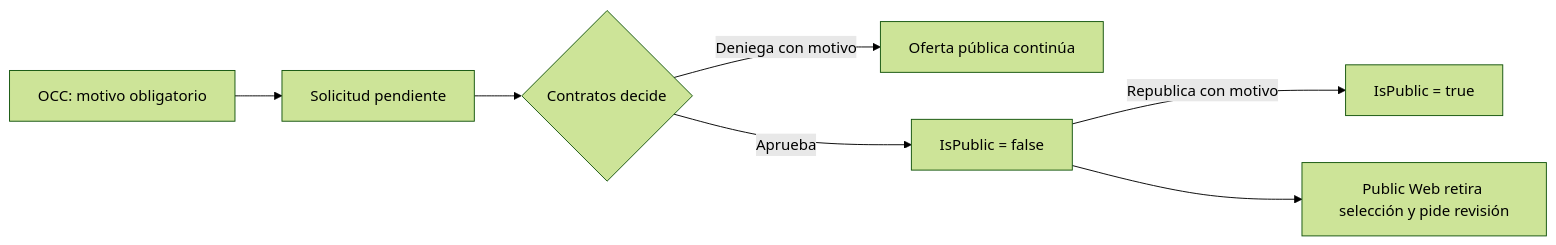
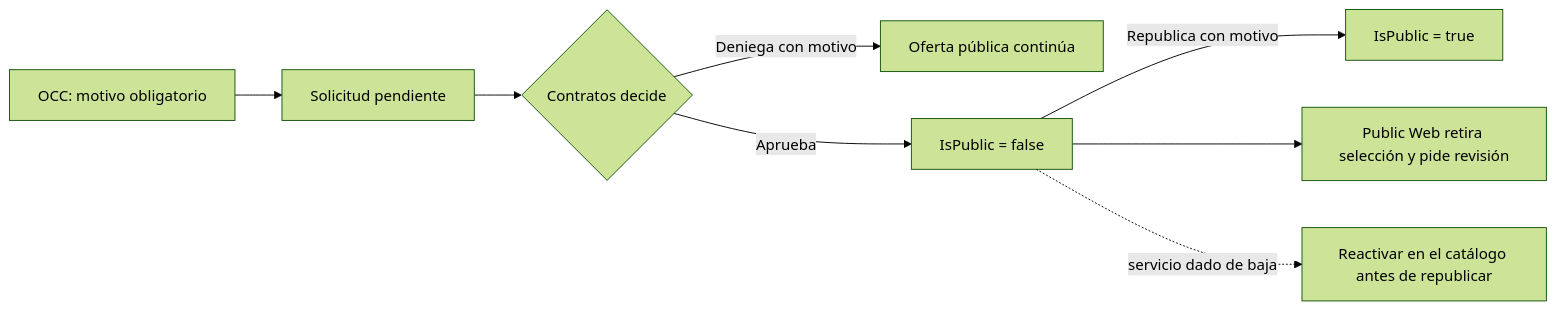
One commit to ErickEduardo027/ELEVANT changed the diagram in Vault/05-aplicaciones/clausura-comercial-servicios.md. Above: the diagram before and after it, drawn with Mermaid (forest theme). The commit also changed other lines of this file and 22 other files, not shown here.

````diff
--- a/Vault/05-aplicaciones/clausura-comercial-servicios.md
+++ b/Vault/05-aplicaciones/clausura-comercial-servicios.md
@@ -37,9 +45,10 @@
 ```mermaid
 flowchart LR
     O[OCC: motivo obligatorio] --> P[Solicitud pendiente]
     P --> C{Contratos decide}
     C -->|Deniega con motivo| H[Oferta pública continúa]
     C -->|Aprueba| X[IsPublic = false]
     X -->|Republica con motivo| V[IsPublic = true]
     X --> W[Public Web retira selección y pide revisión]
+    X -.->|servicio dado de baja| R[Reactivar en el catálogo antes de republicar]
 ```
````
